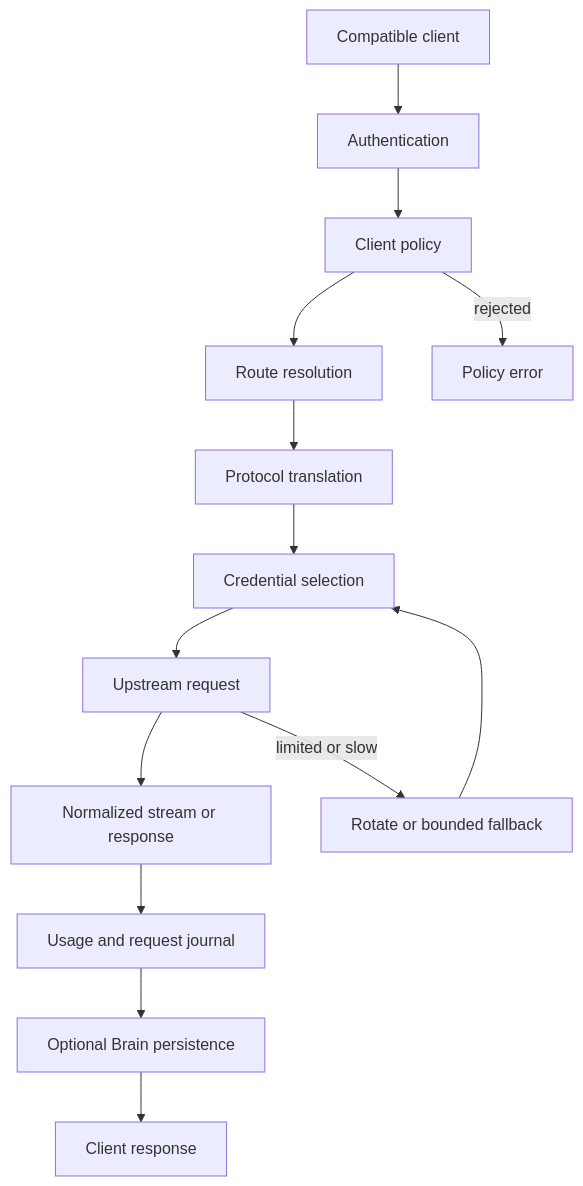
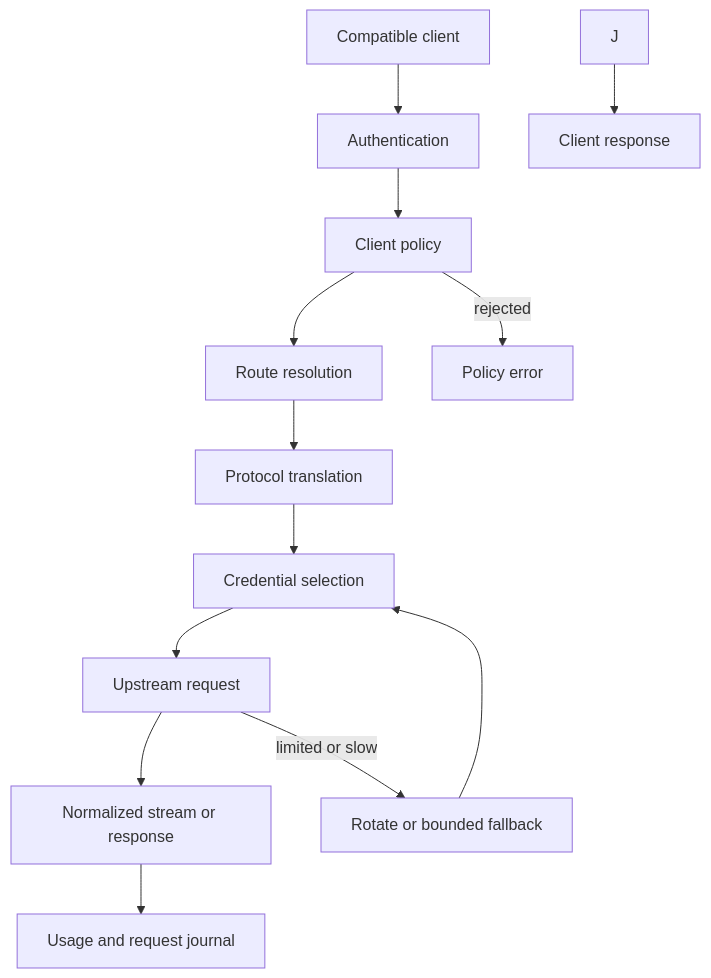
The diagram in README.md (iyantama9/custorouter), drawn with Mermaid before and after one commit. The commit also changed other lines of this file and 27 other files, not shown here.

````diff
--- a/README.md
+++ b/README.md
@@ -41,17 +40,16 @@
 ```mermaid
 flowchart TD
     A[Compatible client] --> B[Authentication]
     B --> C[Client policy]
     C --> D[Route resolution]
     D --> E[Protocol translation]
     E --> F[Credential selection]
     F --> G[Upstream request]
     G --> H[Normalized stream or response]
     H --> I[Usage and request journal]
-    I --> J[Optional Brain persistence]
     J --> K[Client response]
 
     G -->|limited or slow| L[Rotate or bounded fallback]
     L --> F
     C -->|rejected| M[Policy error]
 ```
````
